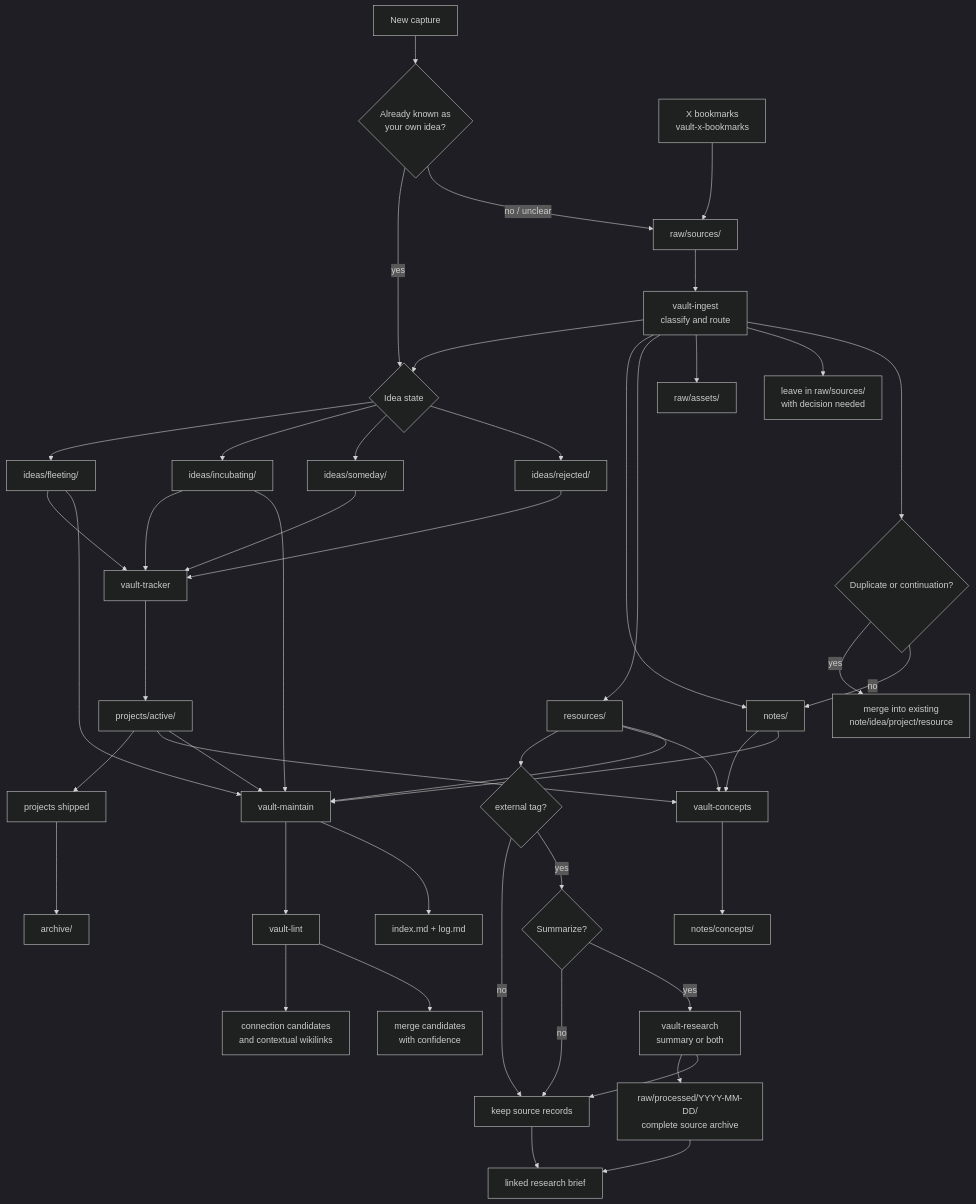
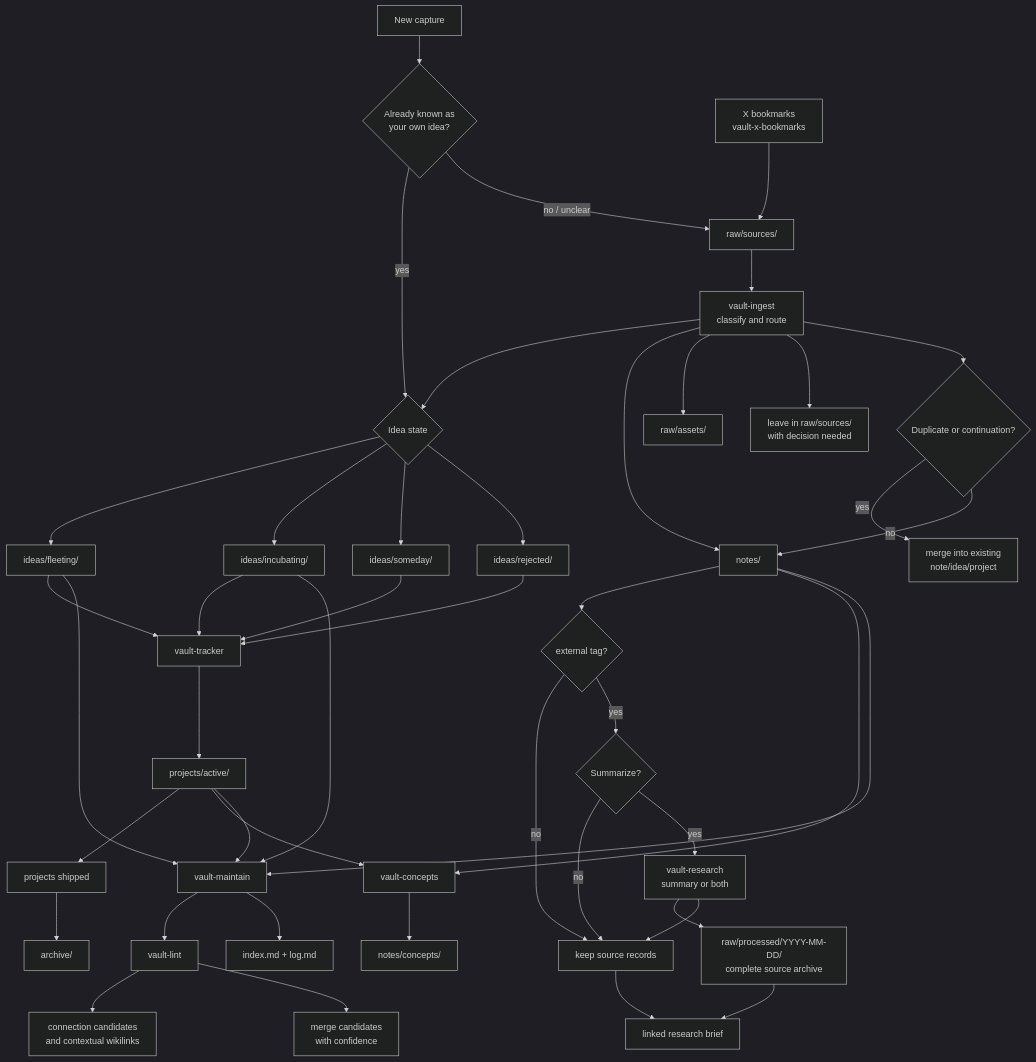
One commit to markphelps/agent-plugins changed the diagram in vault/README.md. Above: the diagram before and after it, drawn with Mermaid (dark theme). The commit also changed other lines of this file and 14 other files, not shown here.

Commit message:
chore: resources -> notes; add readme for x bookmarks skill

````diff
--- a/vault/README.md
+++ b/vault/README.md
@@ -32,56 +32,53 @@
 ```mermaid
 flowchart TD
   Capture[New capture] --> KnownIdea{Already known as<br/>your own idea?}
   XBookmarks[X bookmarks<br/>vault-x-bookmarks] --> Raw
 
   KnownIdea -->|yes| IdeaState{Idea state}
   IdeaState --> Fleeting[ideas/fleeting/]
   IdeaState --> Incubating[ideas/incubating/]
   IdeaState --> Someday[ideas/someday/]
   IdeaState --> Rejected[ideas/rejected/]
 
   KnownIdea -->|no / unclear| Raw[raw/sources/]
   Raw --> Ingest[vault-ingest<br/>classify and route]
 
   Ingest --> IdeaState
   Ingest --> Notes[notes/]
-  Ingest --> Resources[resources/]
   Ingest --> Assets[raw/assets/]
   Ingest --> Ambiguous[leave in raw/sources/<br/>with decision needed]
   Ingest --> Merge{Duplicate or continuation?}
-  Merge -->|yes| Existing[merge into existing<br/>note/idea/project/resource]
+  Merge -->|yes| Existing[merge into existing<br/>note/idea/project]
   Merge -->|no| Notes
 
-  Resources --> ExternalTag{external tag?}
+  Notes --> ExternalTag{external tag?}
   ExternalTag -->|no| SourceRecords[keep source records]
   ExternalTag -->|yes| Research{Summarize?}
   Research -->|no| SourceRecords
   Research -->|yes| ResearchSkill[vault-research<br/>summary or both]
   ResearchSkill --> Processed[raw/processed/YYYY-MM-DD/<br/>complete source archive]
   ResearchSkill --> SourceRecords
   Processed --> Brief[linked research brief]
   SourceRecords --> Brief
 
   Incubating --> Tracker[vault-tracker]
   Fleeting --> Tracker
   Someday --> Tracker
   Rejected --> Tracker
   Tracker --> Active[projects/active/]
   Active --> Shipped[projects shipped]
   Shipped --> Archive[archive/]
 
   Notes --> Concepts[vault-concepts]
-  Resources --> Concepts
   Active --> Concepts
   Concepts --> ConceptPages[notes/concepts/]
 
   Notes --> Maintain[vault-maintain]
-  Resources --> Maintain
   Active --> Maintain
   Fleeting --> Maintain
   Incubating --> Maintain
   Maintain --> Lint[vault-lint]
   Lint --> GraphLinks[connection candidates<br/>and contextual wikilinks]
   Lint --> MergePlan[merge candidates<br/>with confidence]
   Maintain --> IndexLog[index.md + log.md]
 ```
````
